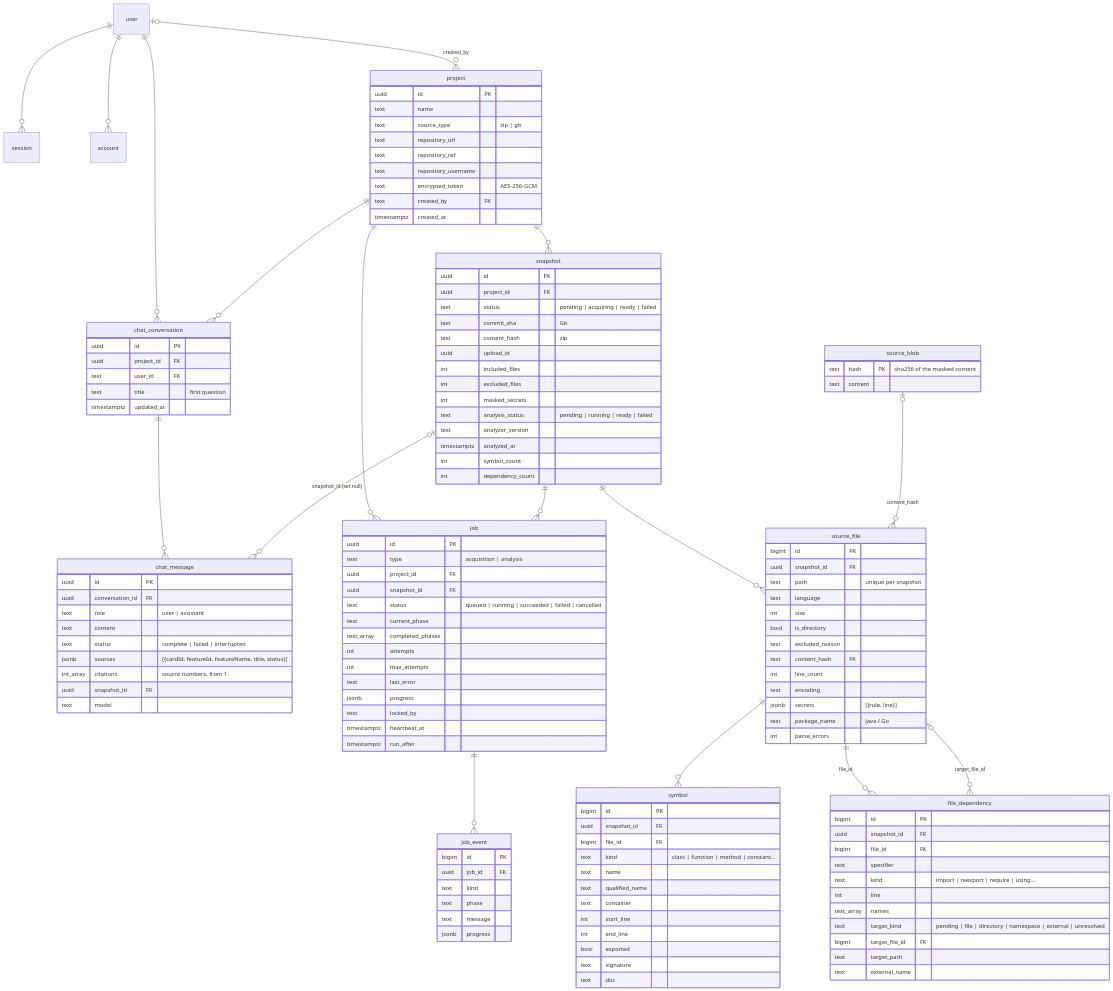
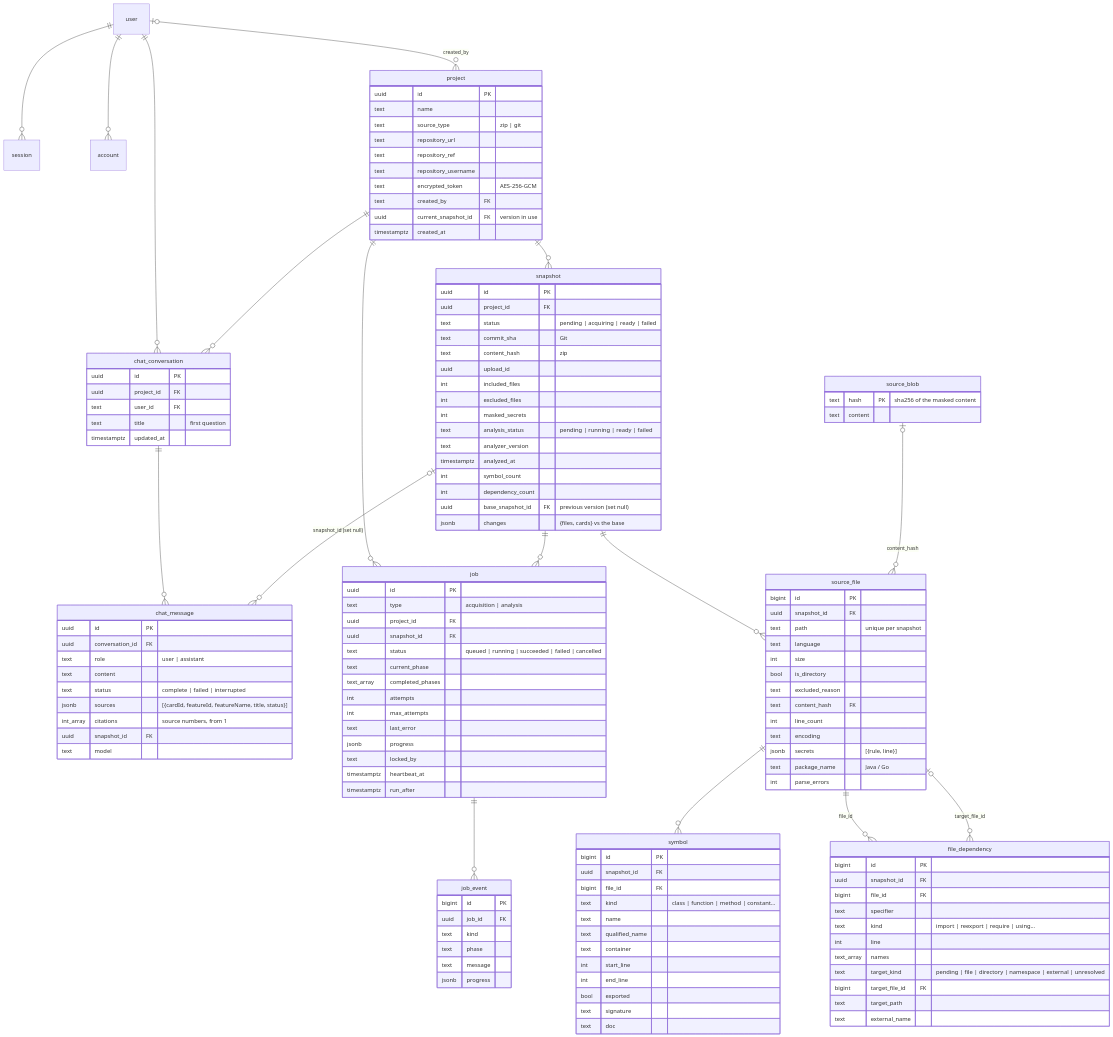
One commit to CalogeroPisano/rag-generator-app changed the first of 2 diagrams in docs/data-model.md. Above: the diagram before and after it, drawn with Mermaid. The commit also changed other lines of this file and 54 other files, not shown here.

```diff
--- a/docs/data-model.md
+++ b/docs/data-model.md
@@ -33,6 +33,7 @@
     text repository_username
     text encrypted_token "AES-256-GCM"
     text created_by FK
+    uuid current_snapshot_id FK "version in use"
     timestamptz created_at
   }
   snapshot {
@@ -50,6 +51,8 @@
     timestamptz analyzed_at
     int symbol_count
     int dependency_count
+    uuid base_snapshot_id FK "previous version (set null)"
+    jsonb changes "{files, cards} vs the base"
   }
   source_file {
     bigint id PK
```
